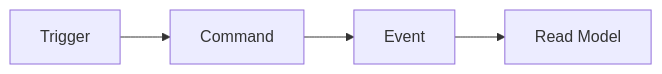
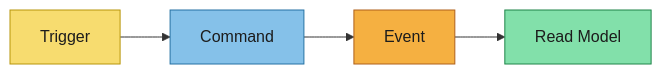
One commit to intent-driven-dev/openspec-schemas changed the first of 2 diagrams in openspec/schemas/event-driven/templates/event-modeling.md. Above: the diagram before and after it, drawn with Mermaid. The commit also changed other lines of this file and 8 other files, not shown here.

Commit message:
Sync event-driven specs and archive completed mermaid change

````diff
--- a/openspec/schemas/event-driven/templates/event-modeling.md
+++ b/openspec/schemas/event-driven/templates/event-modeling.md
@@ -35,6 +35,17 @@
 ```mermaid
 flowchart LR
   T[Trigger] --> C[Command]
   C --> E[Event]
   E --> R[Read Model]
+
+  classDef actor fill:#F7DC6F,stroke:#B7950B,color:#1C1C1C
+  classDef command fill:#85C1E9,stroke:#2471A3,color:#1C1C1C
+  classDef event fill:#F5B041,stroke:#AF601A,color:#1C1C1C
+  classDef policy fill:#D7BDE2,stroke:#884EA0,color:#1C1C1C
+  classDef readModel fill:#82E0AA,stroke:#1E8449,color:#1C1C1C
+
+  class T actor
+  class C command
+  class E event
+  class R readModel
 ```
````
